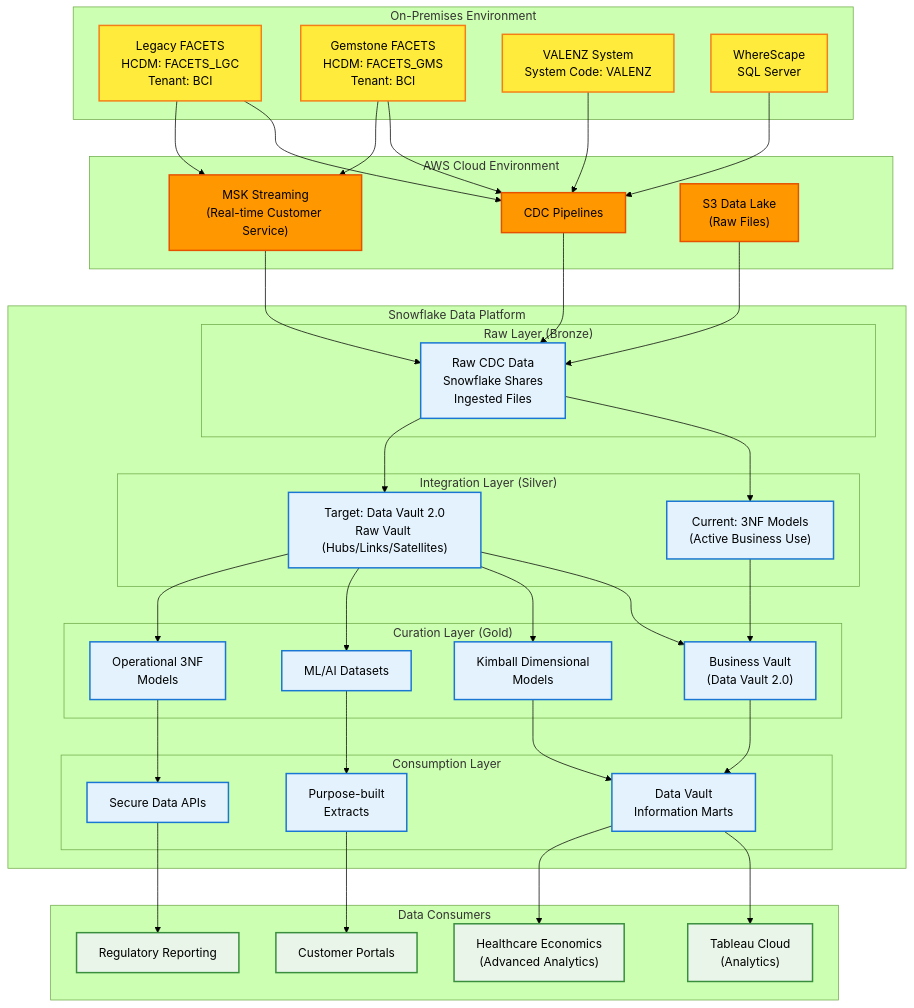
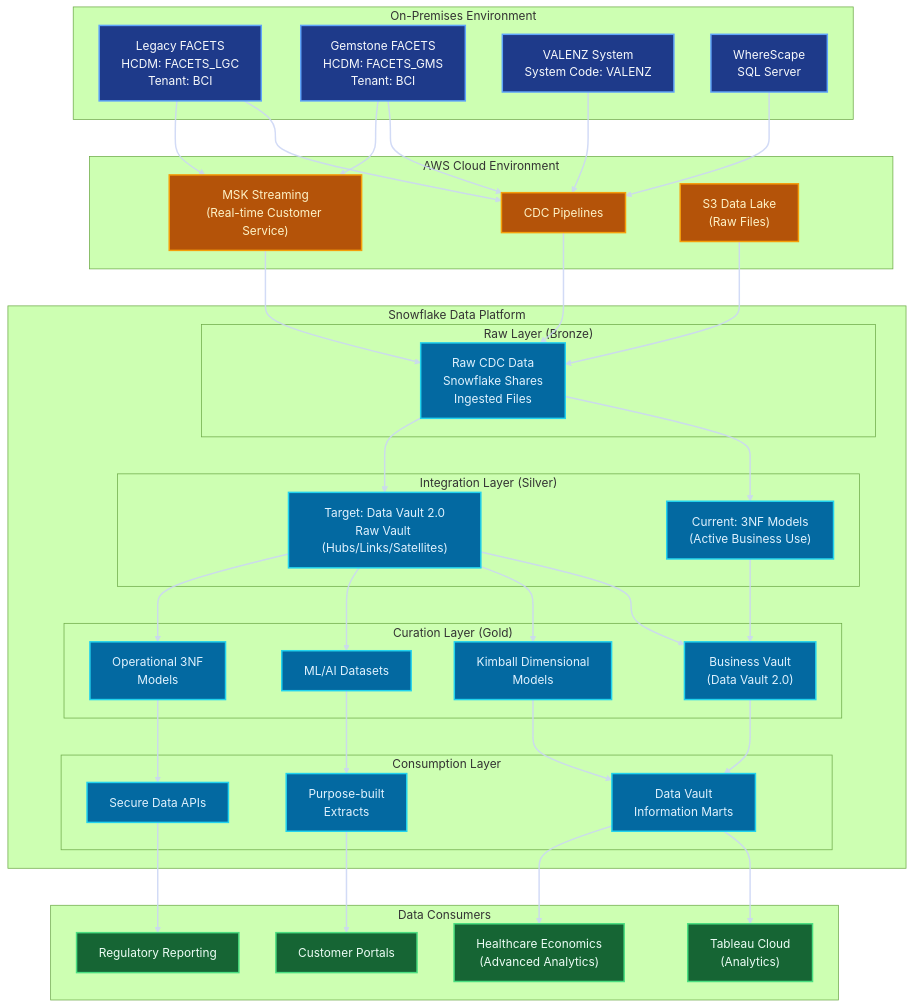
The diagram in docs/diagrams/mermaid-source/c1-context/edp-data-flow-overview.mmd (danbrickey/edp-ai-expert-team), drawn with Mermaid (forest theme) before and after one commit.

Commit message:
Organize

```diff
--- a/docs/diagrams/mermaid-source/c1-context/edp-data-flow-overview.mmd
+++ b/docs/diagrams/mermaid-source/c1-context/edp-data-flow-overview.mmd
@@ -1,92 +1,94 @@
 flowchart TD
     %% On-Premises Source Systems
     subgraph OnPrem["On-Premises Environment"]
         FACETS_LGC["Legacy FACETS<br/>HCDM: FACETS_LGC<br/>Tenant: BCI"]
         FACETS_GMS["Gemstone FACETS<br/>HCDM: FACETS_GMS<br/>Tenant: BCI"]
         VALENZ["VALENZ System<br/>System Code: VALENZ"]
         WhereScape["WhereScape<br/>SQL Server"]
     end
 
     %% AWS Cloud Infrastructure
     subgraph AWS["AWS Cloud Environment"]
         CDC["CDC Pipelines"]
         MSK["MSK Streaming<br/>(Real-time Customer Service)"]
         S3["S3 Data Lake<br/>(Raw Files)"]
     end
 
     %% Snowflake Data Platform
     subgraph Snowflake["Snowflake Data Platform"]
         subgraph Raw["Raw Layer (Bronze)"]
             RawData["Raw CDC Data<br/>Snowflake Shares<br/>Ingested Files"]
         end
         
         subgraph Integration["Integration Layer (Silver)"]
             CurrentNF["Current: 3NF Models<br/>(Active Business Use)"]
             DataVault["Target: Data Vault 2.0<br/>Raw Vault (Hubs/Links/Satellites)"]
         end
         
         subgraph Curation["Curation Layer (Gold)"]
             BusinessVault["Business Vault<br/>(Data Vault 2.0)"]
             Kimball["Kimball Dimensional<br/>Models"]
             ML["ML/AI Datasets"]
             Operational["Operational 3NF<br/>Models"]
         end
         
         subgraph Consumption["Consumption Layer"]
             DataMarts["Data Vault<br/>Information Marts"]
             Extracts["Purpose-built<br/>Extracts"]
             APIs["Secure Data APIs"]
         end
     end
 
     %% External Consumers
     subgraph Consumers["Data Consumers"]
         Tableau["Tableau Cloud<br/>(Analytics)"]
         Healthcare["Healthcare Economics<br/>(Advanced Analytics)"]
         Portal["Customer Portals"]
         Reporting["Regulatory Reporting"]
     end
 
     %% Data Flow Connections
     FACETS_LGC --> CDC
     FACETS_GMS --> CDC
     VALENZ --> CDC
     WhereScape --> CDC
     
     FACETS_LGC --> MSK
     FACETS_GMS --> MSK
     
     CDC --> RawData
     MSK --> RawData
     S3 --> RawData
     
     RawData --> CurrentNF
     RawData --> DataVault
     
     CurrentNF --> BusinessVault
     DataVault --> BusinessVault
     DataVault --> Kimball
     DataVault --> ML
     DataVault --> Operational
     
     BusinessVault --> DataMarts
     Kimball --> DataMarts
     ML --> Extracts
     Operational --> APIs
     
     DataMarts --> Tableau
     DataMarts --> Healthcare
     Extracts --> Portal
     APIs --> Reporting
 
     %% Styling
-    classDef onprem fill:#ffeb3b,stroke:#f57f17,stroke-width:2px
-    classDef aws fill:#ff9800,stroke:#e65100,stroke-width:2px
-    classDef snowflake fill:#e3f2fd,stroke:#1976d2,stroke-width:2px
-    classDef layer fill:#f3e5f5,stroke:#7b1fa2,stroke-width:2px
-    classDef consumer fill:#e8f5e8,stroke:#388e3c,stroke-width:2px
-    
+    classDef onprem fill:#1E3A8A,stroke:#60A5FA,stroke-width:2px,color:#F8FAFC
+    classDef aws fill:#B45309,stroke:#F59E0B,stroke-width:2px,color:#FEF3C7
+    classDef snowflake fill:#0369A1,stroke:#22D3EE,stroke-width:2px,color:#E0F2FE
+    classDef layer fill:#312E81,stroke:#A855F7,stroke-width:2px,color:#F5F3FF
+    classDef consumer fill:#166534,stroke:#4ADE80,stroke-width:2px,color:#ECFDF5
+
     class FACETS_LGC,FACETS_GMS,VALENZ,WhereScape onprem
     class CDC,MSK,S3 aws
     class RawData,CurrentNF,DataVault,BusinessVault,Kimball,ML,Operational,DataMarts,Extracts,APIs snowflake
     class Tableau,Healthcare,Portal,Reporting consumer
+
+    linkStyle default stroke:#CBD5F5,stroke-width:2px,opacity:0.85
```
